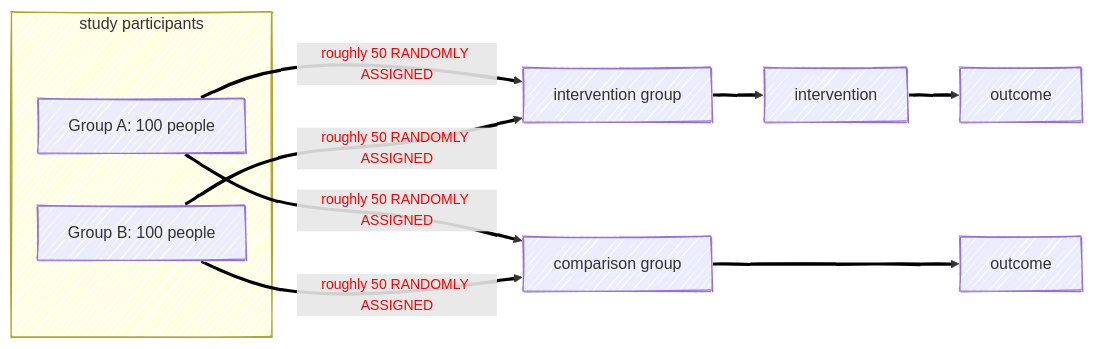
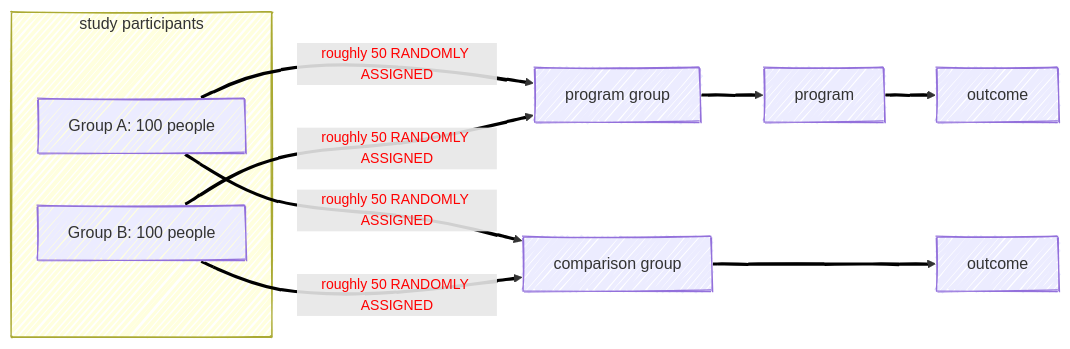
One commit to agrogan1/closeread changed the sixth of 8 diagrams in multivariate/multivariate.qmd. Above: the diagram before and after it, drawn with Mermaid. The commit also changed other lines of this file and 2 other files, not shown here.

Commit message:
added classDef forestgreen; "intervention" --> "program"

````diff
--- a/multivariate/multivariate.qmd
+++ b/multivariate/multivariate.qmd
@@ -196,34 +215,34 @@
 ```{mermaid}
 ---
 config:
   look: handDrawn
   theme: default
 ---
 
 flowchart LR
 
 subgraph study["study participants"]
 
   A["Group A: 100 people"]
 
   B["Group B: 100 people"]
 
   end
 
-  A --> |"roughly 50 RANDOMLY ASSIGNED"| interventiongroup["intervention group"]
+  A --> |"roughly 50 RANDOMLY ASSIGNED"| programgroup["program group"]
 
-  B --> |"roughly 50 RANDOMLY ASSIGNED"| interventiongroup["intervention group"]
+  B --> |"roughly 50 RANDOMLY ASSIGNED"| programgroup["program group"]
 
-  interventiongroup["intervention group"] --> intervention
+  programgroup["program group"] --> program
 
-  intervention[intervention] --> outcome1[outcome]
+  program[program] --> outcome1[outcome]
 
   A --> |"roughly 50 RANDOMLY ASSIGNED"| comparisongroup
 
   B --> |"roughly 50 RANDOMLY ASSIGNED"| comparisongroup
 
   comparisongroup["comparison group"] ---> outcome0[outcome]
 
   linkStyle 0,1,2,3,4,5,6 stroke:#000000,stroke-width:3px,font-size:14px,color:red;
 
 ```
````
